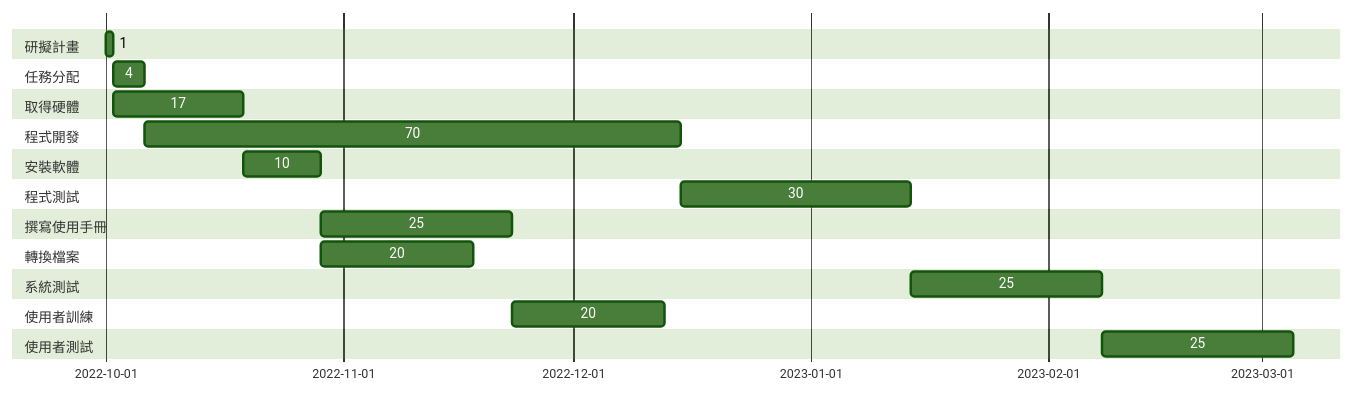
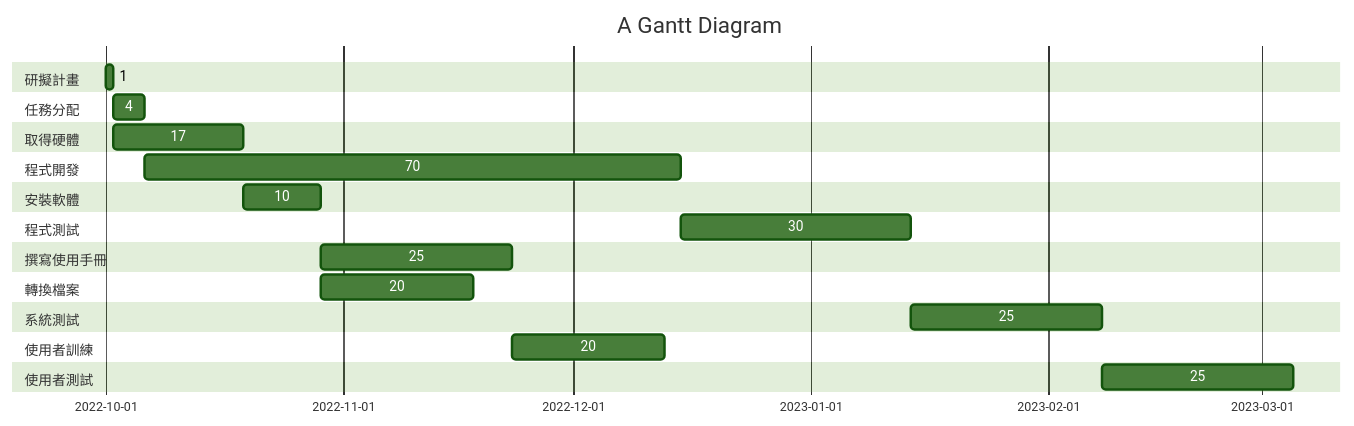
Before and after one commit to MaryChou527/C109118238: the second of 2 diagrams in hw2.md, drawn with Mermaid (forest theme).

````diff
--- a/hw2.md
+++ b/hw2.md
@@ -41,25 +41,26 @@
 ```mermaid
 gantt
+    title A Gantt Diagram
     section 研擬計畫
     1:a1, 2022-10-01, 1d
     section 任務分配
     4:a2,after a1  , 4d
     section 取得硬體
     17:a3,after a1  , 17d
     section 程式開發
     70:a4,after a2  , 70d 
     section 安裝軟體
     10:a5,after a3  , 10d
     section 程式測試
     30:a6,after a4  , 30d
     section 撰寫使用手冊
     25:a7,after a5  , 25d
     section 轉換檔案
     20:a8,after a5  , 20d
     section 系統測試
     25:a9,after a6  , 25d
     section 使用者訓練
     20:a10,after a7, 20d
     section 使用者測試
     25:a11,after a9, 25d
 ```
````
